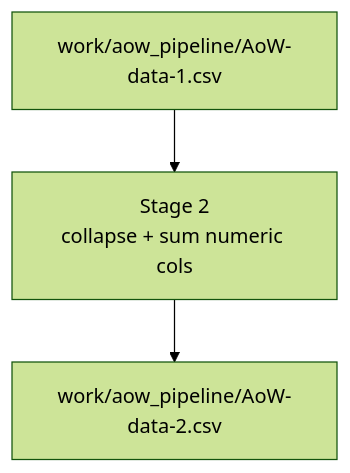
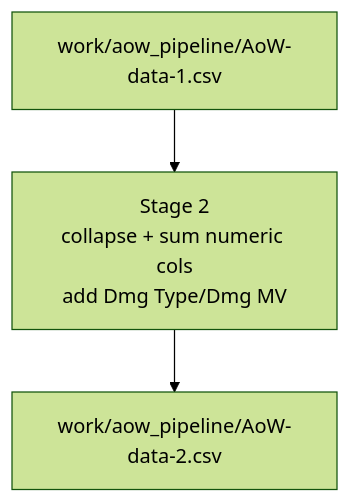
Before and after one commit to Dub1n/SotE-Detailed-Item-Descriptions: the second of 3 diagrams in docs/aow_pipeline_overview.md, drawn with Mermaid (forest theme). The commit also changed other lines of this file, not shown here.

Commit message:
Document Stage2 PhysAtk removal and damage columns

````diff
--- a/docs/aow_pipeline_overview.md
+++ b/docs/aow_pipeline_overview.md
@@ -52,4 +52,4 @@
 ```mermaid
 flowchart TD
-  A["work/aow_pipeline/AoW-data-1.csv"] --> B["Stage 2<br>collapse + sum numeric cols"] --> C["work/aow_pipeline/AoW-data-2.csv"]
+  A["work/aow_pipeline/AoW-data-1.csv"] --> B["Stage 2<br>collapse + sum numeric cols<br>add Dmg Type/Dmg MV"] --> C["work/aow_pipeline/AoW-data-2.csv"]
 ```
````
